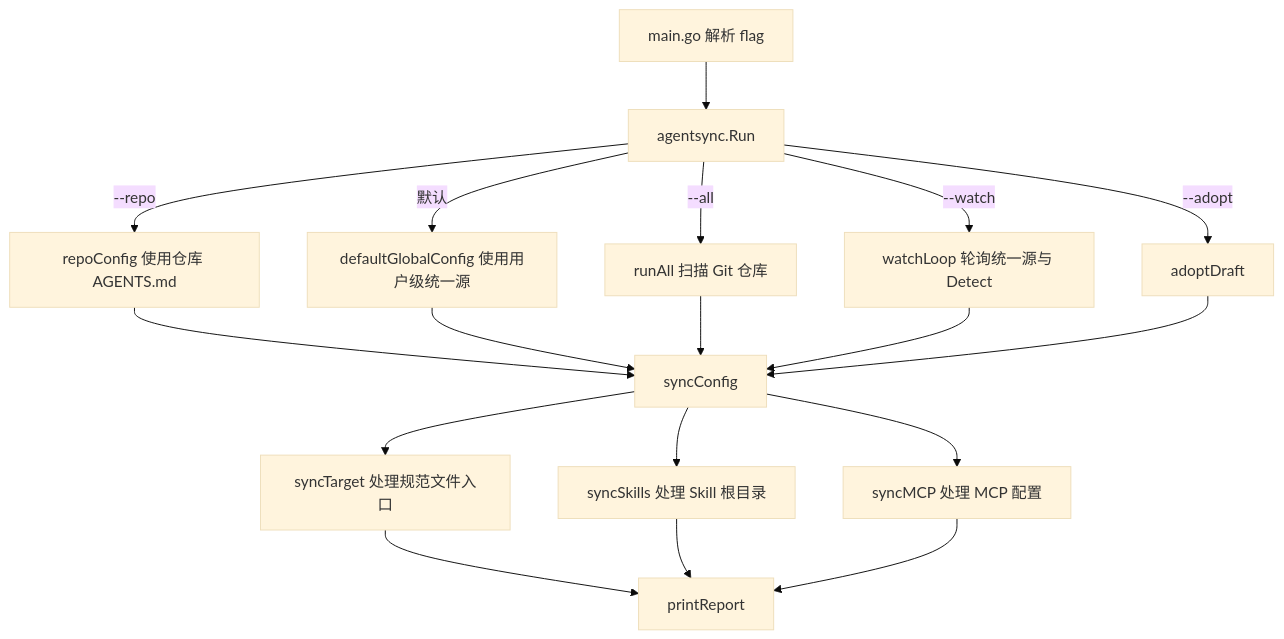
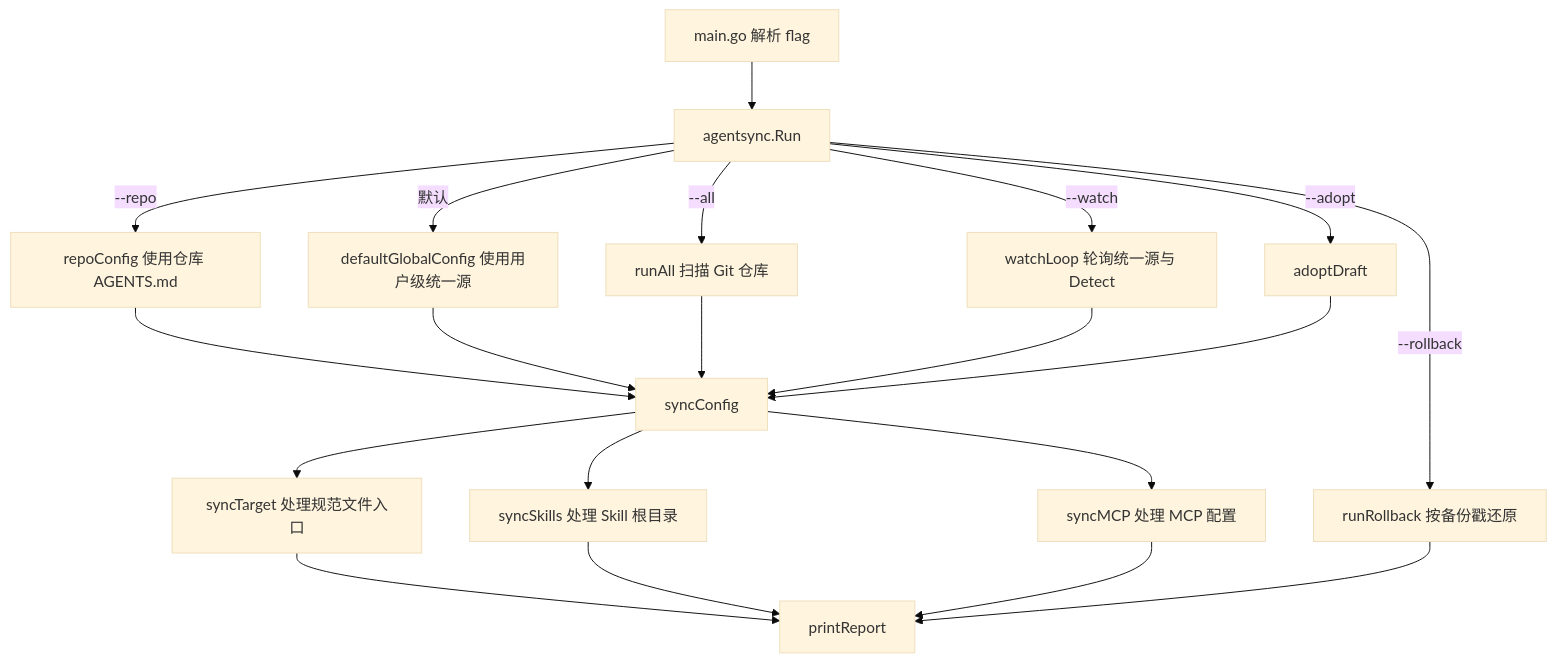
One commit to x0c/agentsync changed the diagram in docs/AGENTSYNC_GUIDE.md. Above: the diagram before and after it, drawn with Mermaid (base theme). The commit also changed other lines of this file and 11 other files, not shown here.

````diff
--- a/docs/AGENTSYNC_GUIDE.md
+++ b/docs/AGENTSYNC_GUIDE.md
@@ -21,20 +22,22 @@
 ```mermaid
 flowchart TD
     A[main.go 解析 flag] --> B[agentsync.Run]
     B -->|--all| C[runAll 扫描 Git 仓库]
     B -->|--repo| D[repoConfig 使用仓库 AGENTS.md]
     B -->|--watch| W[watchLoop 轮询统一源与 Detect]
+    B -->|--rollback| R[runRollback 按备份戳还原]
     B -->|默认| E[defaultGlobalConfig 使用用户级统一源]
     D --> F[syncConfig]
     E --> F
     C --> F
     W --> F
     B -->|--adopt| G[adoptDraft]
     G --> F
     F --> H[syncTarget 处理规范文件入口]
     F --> I[syncSkills 处理 Skill 根目录]
     F --> K[syncMCP 处理 MCP 配置]
     H --> J[printReport]
     I --> J
     K --> J
+    R --> J
 ```
````
